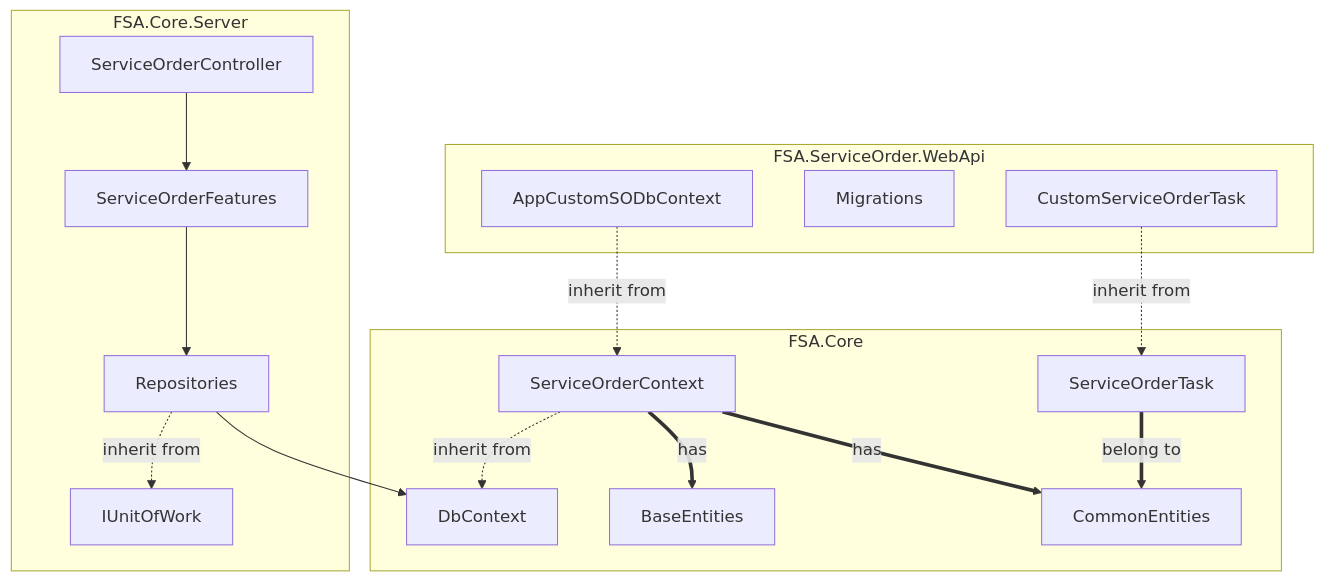
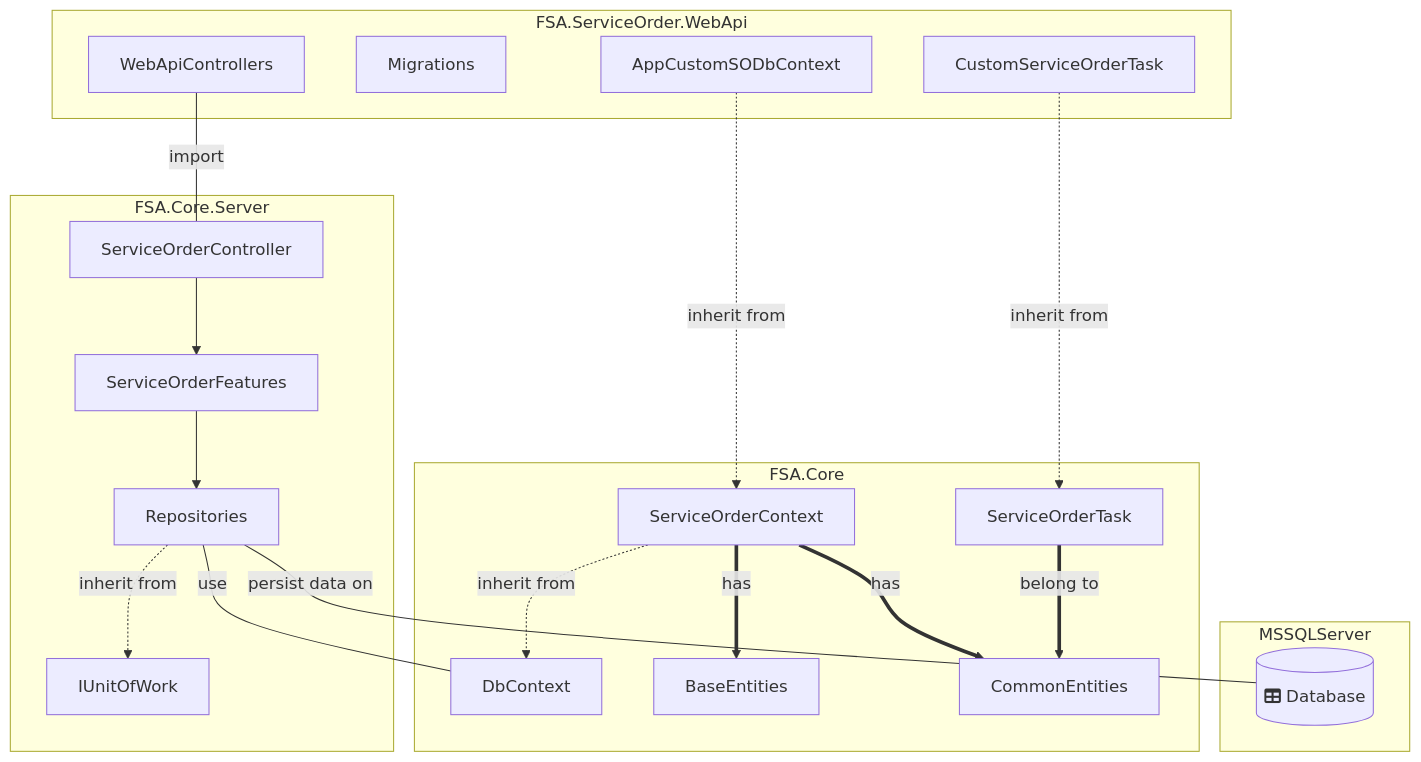
The second of 2 diagrams in SO.Readme.md (potlitel/Documentations), drawn with Mermaid before and after one commit.

Commit message:
Update graph

````diff
--- a/SO.Readme.md
+++ b/SO.Readme.md
@@ -107,33 +107,39 @@
 ```mermaid
 
 graph TB
     subgraph FSA.Core.Server
     Repositories
     ServiceOrderFeatures
     IUnitOfWork
     ServiceOrderController
     ServiceOrderController --> ServiceOrderFeatures
     ServiceOrderFeatures --> Repositories
     Repositories-. inherit from .->IUnitOfWork
     end
     subgraph FSA.Core
     DbContext
     ServiceOrderTask
     BaseEntities
     CommonEntities
     ServiceOrderContext
     ServiceOrderContext-. inherit from .->DbContext
     ServiceOrderContext == has ==> BaseEntities
     ServiceOrderContext == has ==> CommonEntities
     ServiceOrderTask == belong to ==> CommonEntities
-    Repositories-->DbContext
+    Repositories-- use  ---DbContext
     end
     subgraph FSA.ServiceOrder.WebApi
         AppCustomSODbContext
         Migrations
         CustomServiceOrderTask
+        WebApiControllers
         AppCustomSODbContext-. inherit from .->ServiceOrderContext
         CustomServiceOrderTask-. inherit from .->ServiceOrderTask
+        WebApiControllers-- import ---ServiceOrderController
+    end
+    subgraph MSSQLServer
+        db[(fa:fa-table Database)]
+        Repositories-- persist data on ---db
     end
 
 ```
````
